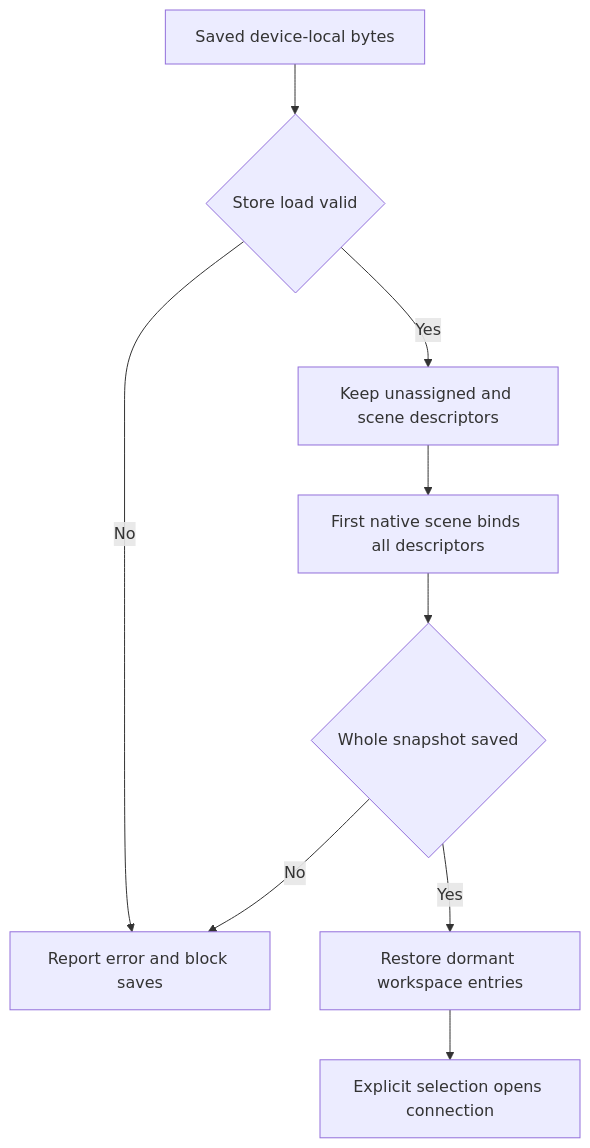
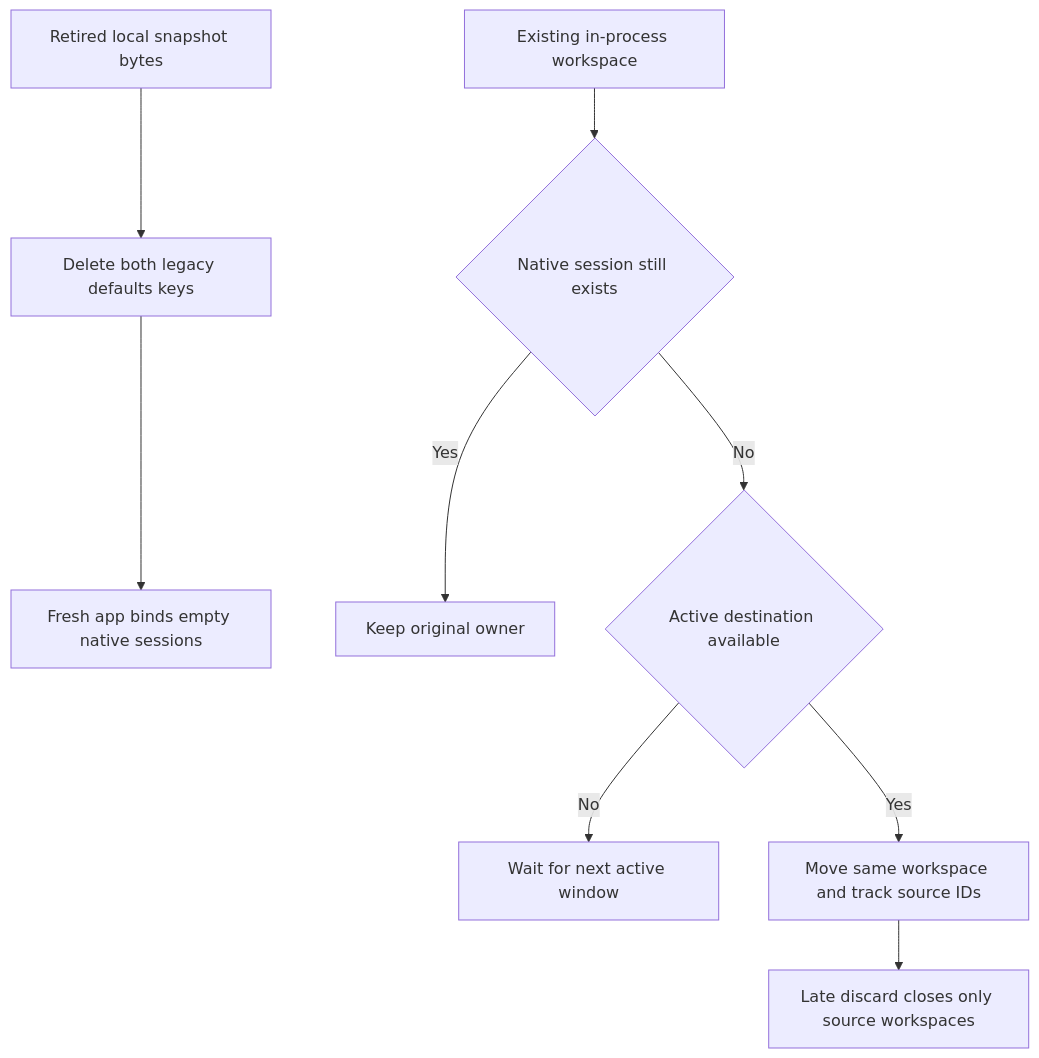
One commit to AkinoKaede/Termind changed the fourth of 5 diagrams in openwiki/testing/behavioral-boundaries-and-fixtures.md. Above: the diagram before and after it, drawn with Mermaid. The commit also changed other lines of this file and 65 other files, not shown here.

````diff
--- a/openwiki/testing/behavioral-boundaries-and-fixtures.md
+++ b/openwiki/testing/behavioral-boundaries-and-fixtures.md
@@ -333,11 +353,11 @@
 ```mermaid
 flowchart TD
-    Bytes["Saved device-local bytes"] --> Load{"Store load valid"}
-    Load -->|No| Fence["Report error and block saves"]
-    Load -->|Yes| Pending["Keep unassigned and scene descriptors"]
-    Pending --> Bind["First native scene binds all descriptors"]
-    Bind --> Save{"Whole snapshot saved"}
-    Save -->|No| Fence
-    Save -->|Yes| Dormant["Restore dormant workspace entries"]
-    Dormant --> Select["Explicit selection opens connection"]
+    Bytes["Retired local snapshot bytes"] --> Retire["Delete both legacy defaults keys"]
+    Retire --> Cold["Fresh app binds empty native sessions"]
+    Live["Existing in-process workspace"] --> Native{"Native session still exists"}
+    Native -->|Yes| Keep["Keep original owner"]
+    Native -->|No| Target{"Active destination available"}
+    Target -->|No| Wait["Wait for next active window"]
+    Target -->|Yes| Move["Move same workspace and track source IDs"]
+    Move --> Discard["Late discard closes only source workspaces"]
 ```
````
